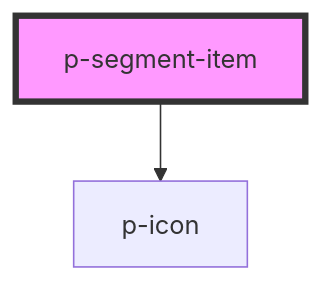
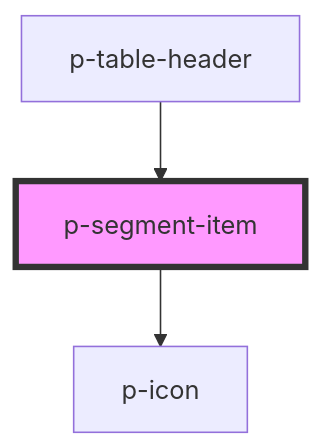
The diagram in packages/core/src/components/atoms/segment-item/readme.md (Employes/paperless), drawn with Mermaid before and after one commit. The commit also changed other lines of this file and 22 other files, not shown here.

````diff
--- a/packages/core/src/components/atoms/segment-item/readme.md
+++ b/packages/core/src/components/atoms/segment-item/readme.md
@@ -25,5 +29,6 @@
 ```mermaid
 graph TD;
   p-segment-item --> p-icon
+  p-table-header --> p-segment-item
   style p-segment-item fill:#f9f,stroke:#333,stroke-width:4px
 ```
````
